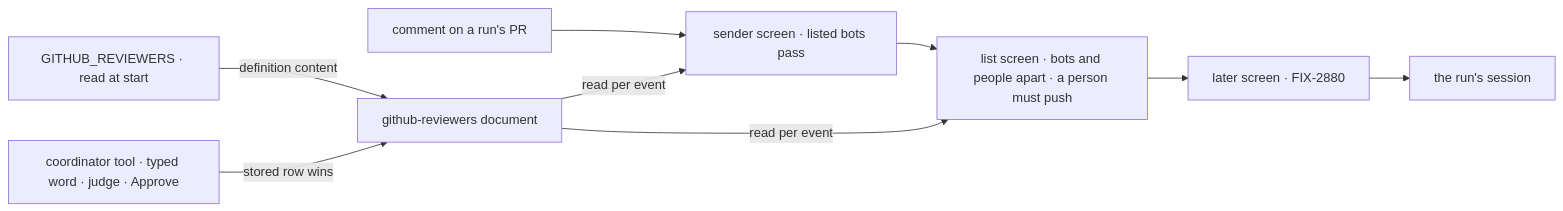
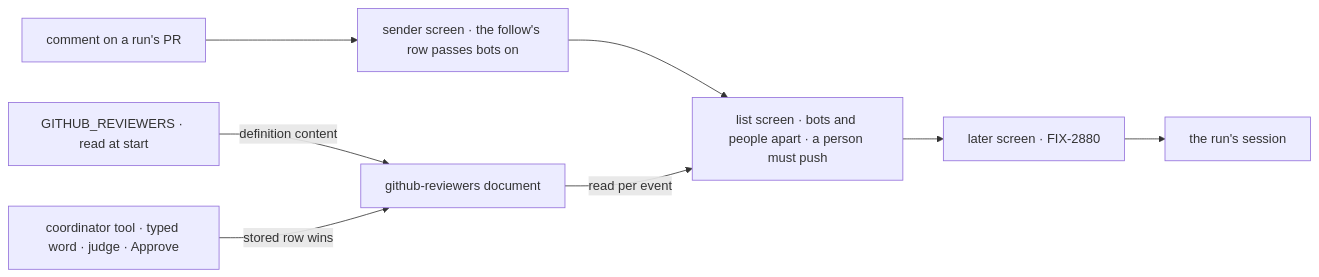
One commit to fixpoint-labs/flow-state-dev changed the second of 2 diagrams in specs/issues/FIX-2873/SPEC.md. Above: the diagram before and after it, drawn with Mermaid. The commit also changed other lines of this file and 2 other files, not shown here.

First line of the commit message:
spec(FIX-2873): admit listed bots per follow, and narrow the goal to the direct write

````diff
--- a/specs/issues/FIX-2873/SPEC.md
+++ b/specs/issues/FIX-2873/SPEC.md
@@ -100,11 +101,10 @@
 ```mermaid
 flowchart LR
   V["GITHUB_REVIEWERS · read at start"] -->|"definition content"| D["github-reviewers document"]
   T["coordinator tool · typed word · judge · Approve"] -->|"stored row wins"| D
-  G["comment on a run's PR"] --> S["sender screen · listed bots pass"]
-  D -->|"read per event"| S
+  G["comment on a run's PR"] --> S["sender screen · the follow's row passes bots on"]
   S --> L["list screen · bots and people apart · a person must push"]
   D -->|"read per event"| L
   L --> N["later screen · FIX-2880"]
   N --> X["the run's session"]
 ```
````
